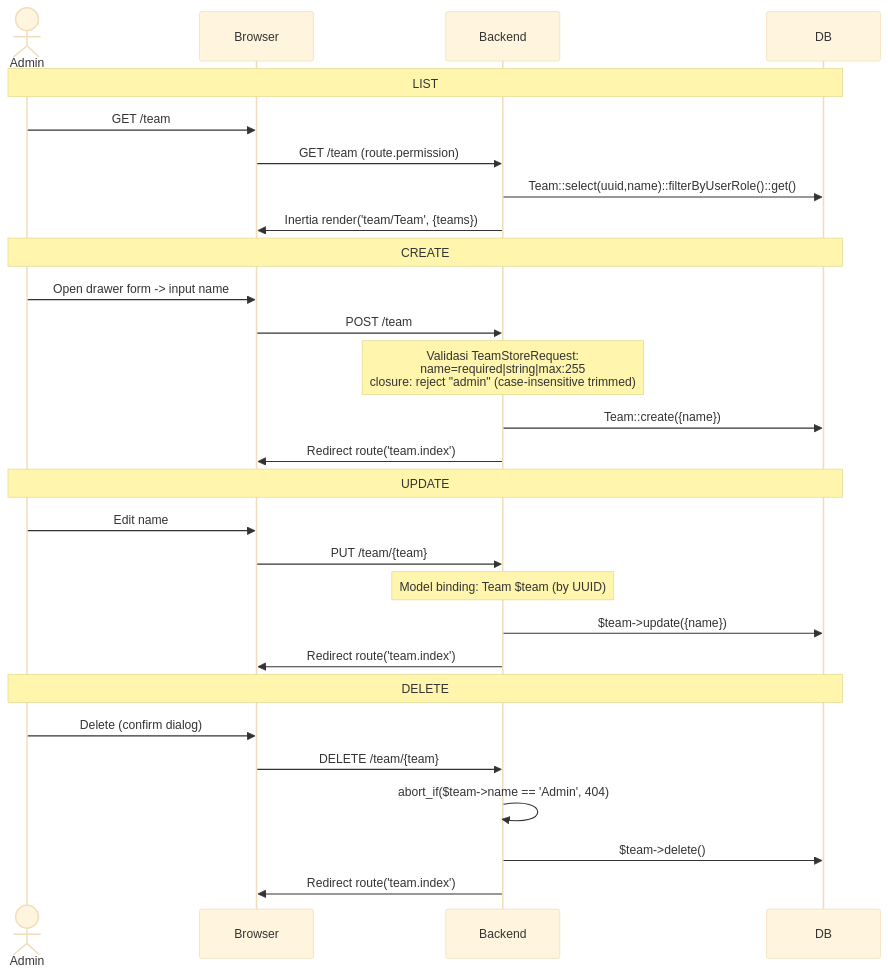
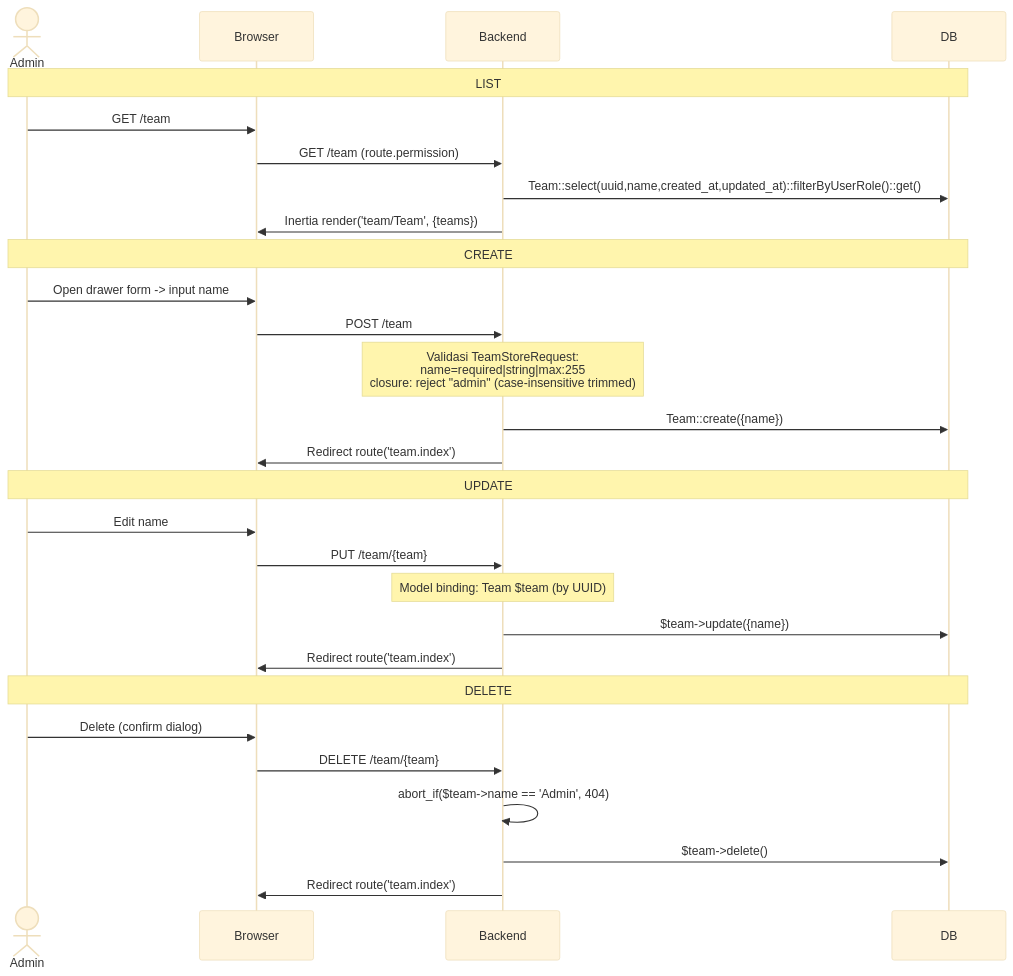
Before and after one commit to priamitra273/laptoplain: the diagram in docs/team/management.md, drawn with Mermaid (base theme). The commit also changed 14 other files, not shown here.

````diff
--- a/docs/team/management.md
+++ b/docs/team/management.md
@@ -9,36 +9,36 @@
 ```mermaid
 sequenceDiagram
     actor Admin
     participant Browser
     participant Backend
     participant DB
 
     Note over Admin,DB: LIST
     Admin->>Browser: GET /team
     Browser->>Backend: GET /team (route.permission)
-    Backend->>DB: Team::select(uuid,name)::filterByUserRole()::get()
+    Backend->>DB: Team::select(uuid,name,created_at,updated_at)::filterByUserRole()::get()
     Backend->>Browser: Inertia render('team/Team', {teams})
 
     Note over Admin,DB: CREATE
     Admin->>Browser: Open drawer form -> input name
     Browser->>Backend: POST /team
 
     Note over Backend: Validasi TeamStoreRequest:<br/>name=required|string|max:255<br/>closure: reject "admin" (case-insensitive trimmed)
 
     Backend->>DB: Team::create({name})
     Backend->>Browser: Redirect route('team.index')
 
     Note over Admin,DB: UPDATE
     Admin->>Browser: Edit name
     Browser->>Backend: PUT /team/{team}
     Note over Backend: Model binding: Team $team (by UUID)
     Backend->>DB: $team->update({name})
     Backend->>Browser: Redirect route('team.index')
 
     Note over Admin,DB: DELETE
     Admin->>Browser: Delete (confirm dialog)
     Browser->>Backend: DELETE /team/{team}
     Backend->>Backend: abort_if($team->name == 'Admin', 404)
     Backend->>DB: $team->delete()
     Backend->>Browser: Redirect route('team.index')
 ```
````
